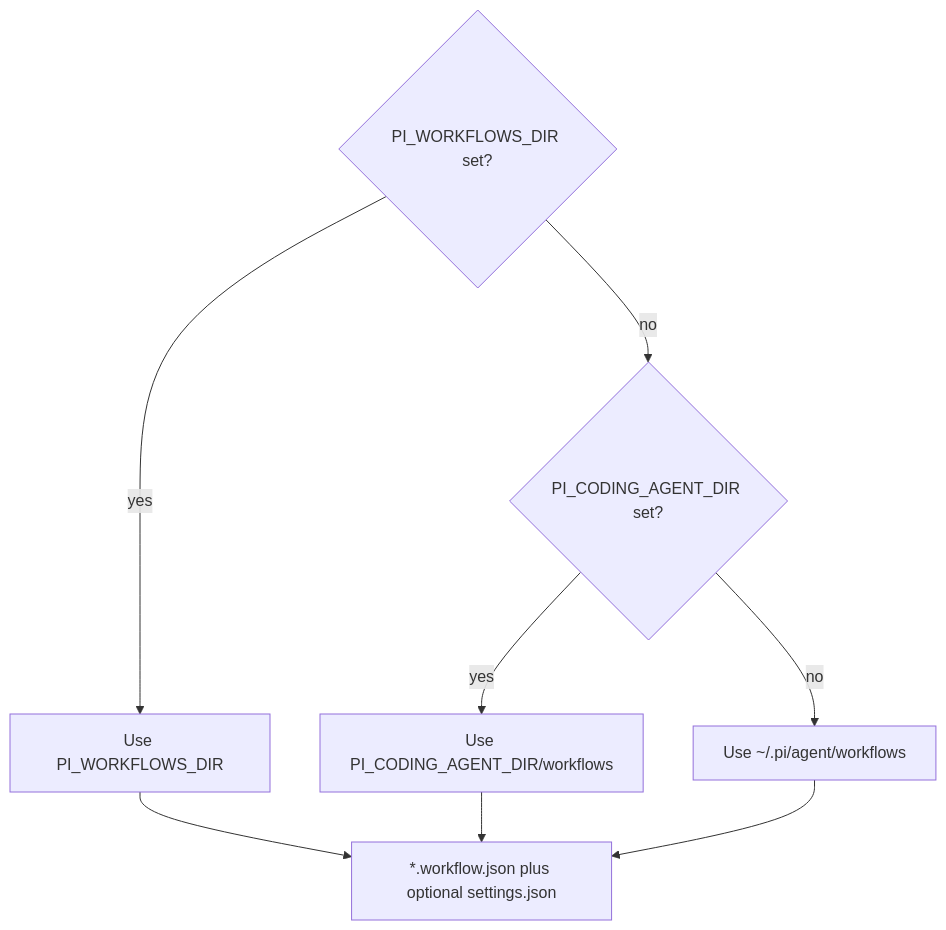
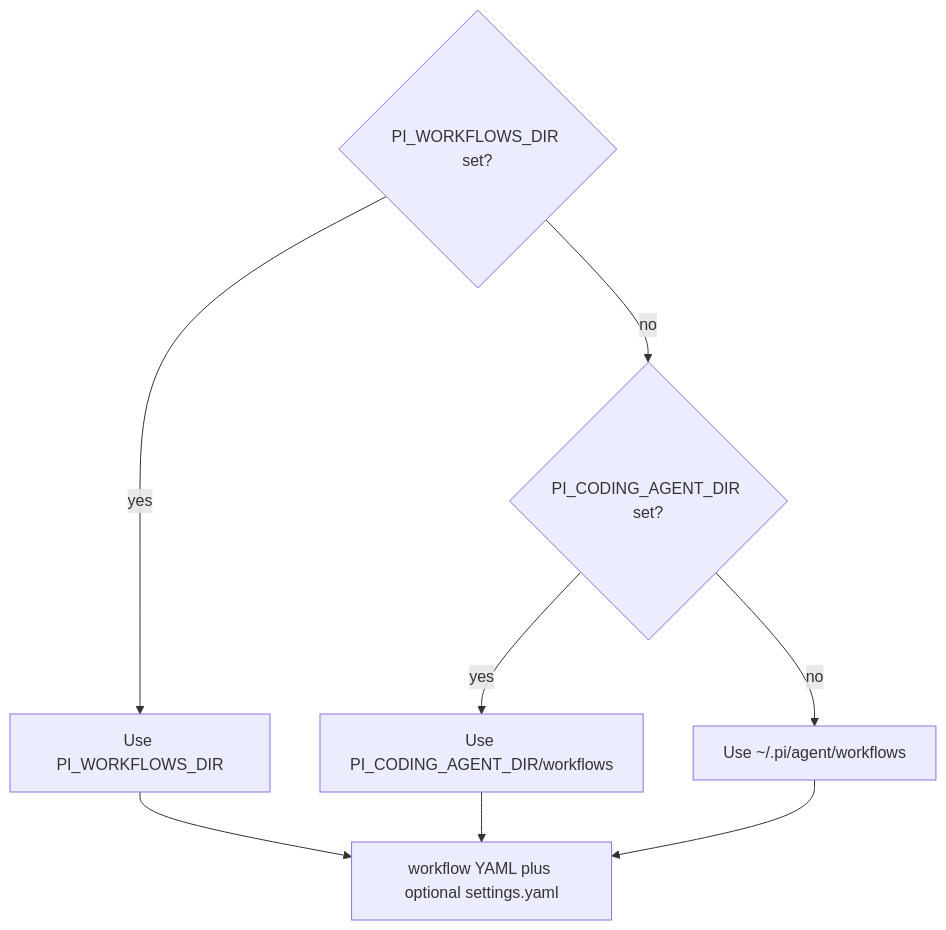
Before and after one commit to wichayutdew/pi-workflows: the fifth of 5 diagrams in openwiki/quickstart.md, drawn with Mermaid. The commit also changed other lines of this file and 84 other files, not shown here.

````diff
--- a/openwiki/quickstart.md
+++ b/openwiki/quickstart.md
@@ -104,11 +108,11 @@
 ```mermaid
 flowchart TD
   Env{PI_WORKFLOWS_DIR set?}
   Env -- yes --> Explicit[Use PI_WORKFLOWS_DIR]
   Env -- no --> AgentDir{PI_CODING_AGENT_DIR set?}
   AgentDir -- yes --> AgentWorkflows[Use PI_CODING_AGENT_DIR/workflows]
   AgentDir -- no --> Home[Use ~/.pi/agent/workflows]
-  Explicit --> Files[*.workflow.json plus optional settings.json]
+  Explicit --> Files[workflow YAML plus optional settings.yaml]
   AgentWorkflows --> Files
   Home --> Files
 ```
````
